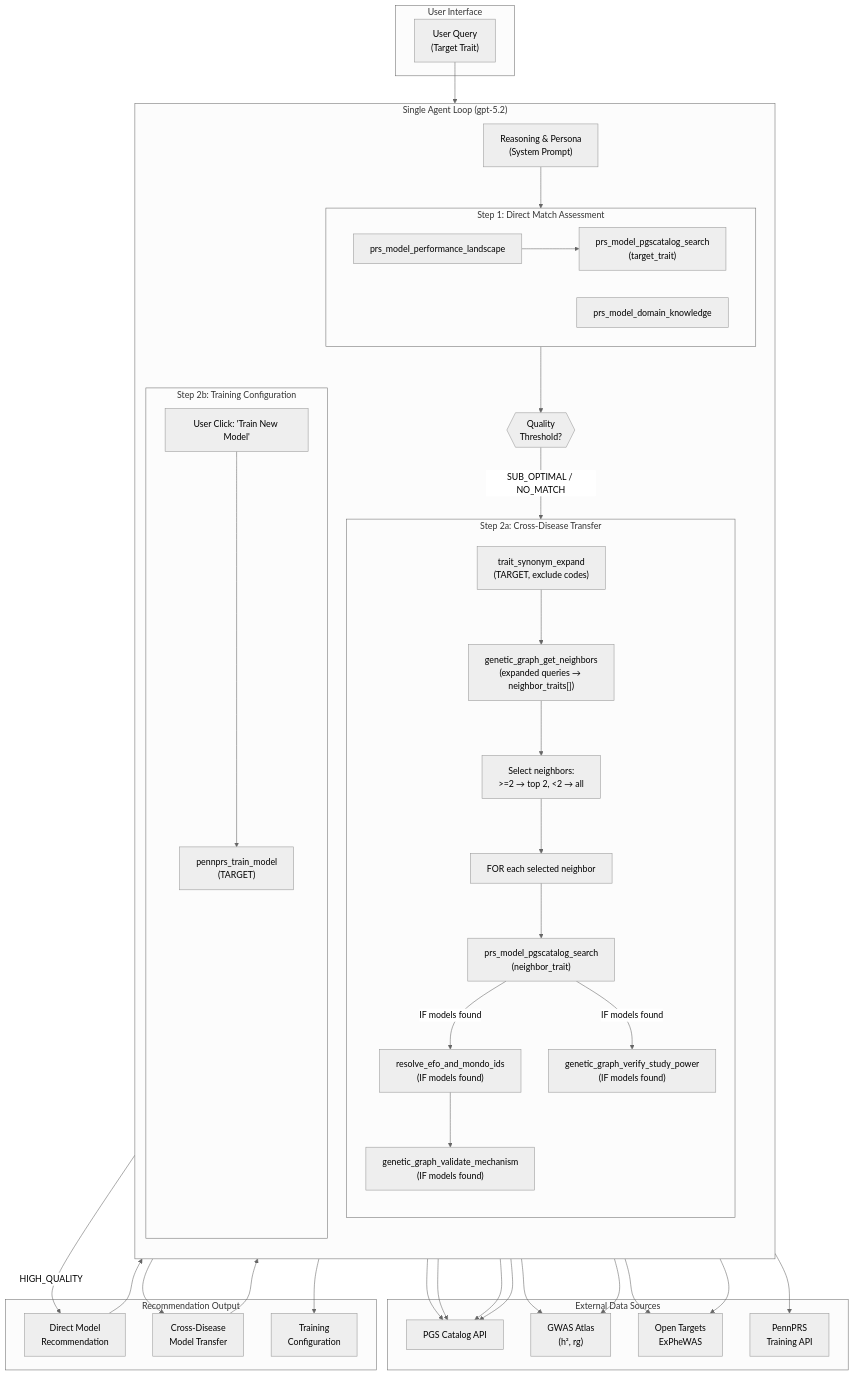
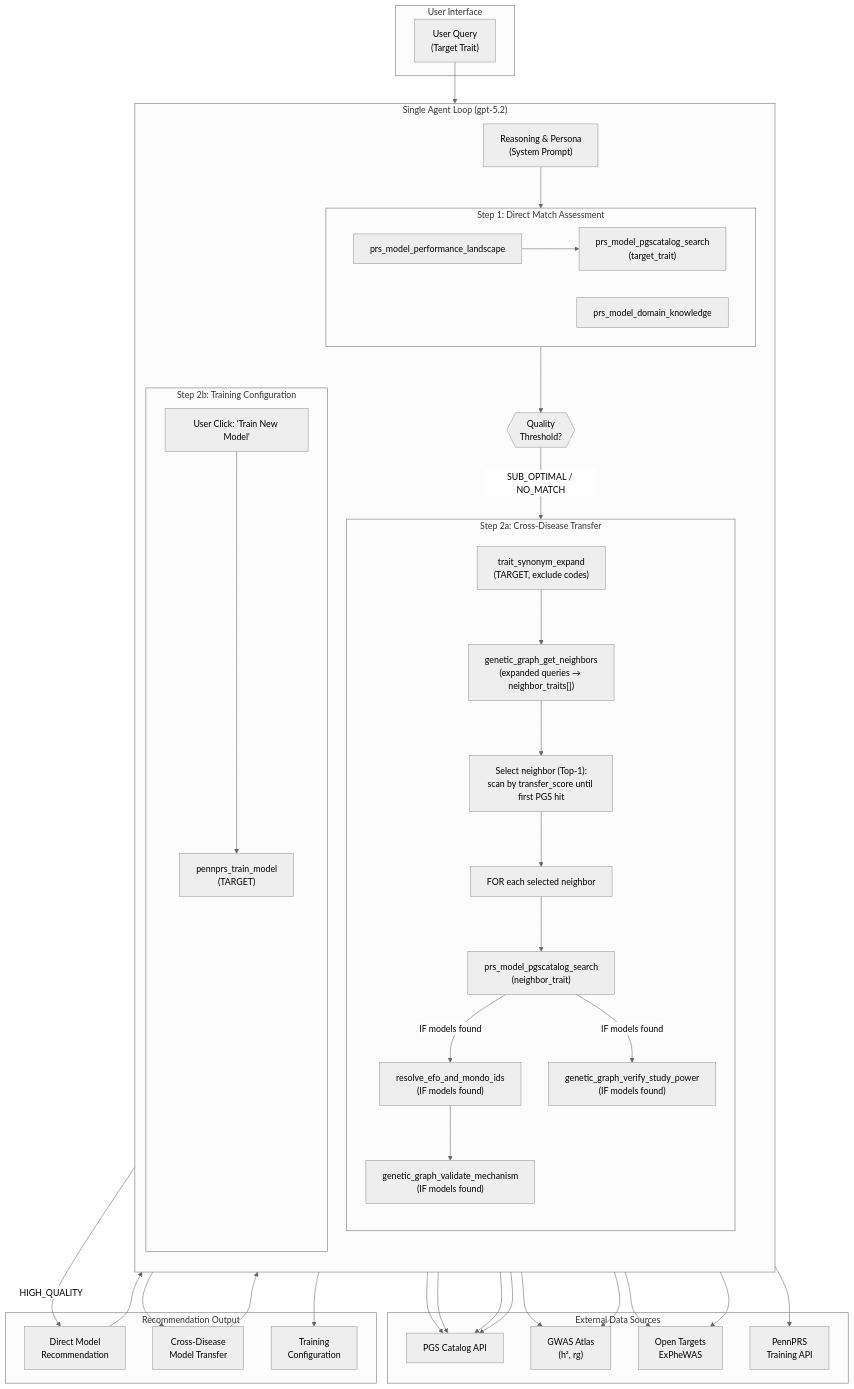
One commit to ZhaoqianXue/PennPRS-Agent-Dec2024 changed the diagram in .agent/blueprints/sop.md. Above: the diagram before and after it, drawn with Mermaid (neutral theme). The commit also changed other lines of this file and 23 other files, not shown here.

````diff
--- a/.agent/blueprints/sop.md
+++ b/.agent/blueprints/sop.md
@@ -70,82 +70,82 @@
 ```mermaid
 flowchart TB
     subgraph UserInterface["User Interface"]
         Query["User Query<br/>(Target Trait)"]
     end
 
     subgraph AgentCore["Single Agent Loop (gpt-5.2)"]
         direction TB
         Reasoning["Reasoning & Persona<br/>(System Prompt)"]
         
         subgraph Step1["Step 1: Direct Match Assessment"]
             direction LR
             S1_Search["prs_model_pgscatalog_search<br/>(target_trait)"]
             S1_Knowledge["prs_model_domain_knowledge"]
             S1_Landscape["prs_model_performance_landscape"]
         end
         
         Decision1{{"Quality<br/>Threshold?"}}
         
         subgraph Step2a["Step 2a: Cross-Disease Transfer"]
             direction TB
             S2a_Synonym["trait_synonym_expand<br/>(TARGET, exclude codes)"]
             S2a_Neighbors["genetic_graph_get_neighbors<br/>(expanded queries → neighbor_traits[])"]
-            S2a_Select["Select neighbors:<br/>>=2 → top 2, <2 → all"]
+            S2a_Select["Select neighbor (Top-1):<br/>scan by transfer_score until first PGS hit"]
             S2a_Loop["FOR each selected neighbor"]
             S2a_Search["prs_model_pgscatalog_search<br/>(neighbor_trait)"]
             S2a_Resolve["resolve_efo_and_mondo_ids<br/>(IF models found)"]
             S2a_Validate["genetic_graph_validate_mechanism<br/>(IF models found)"]
             S2a_Verify["genetic_graph_verify_study_power<br/>(IF models found)"]
             S2a_Synonym --> S2a_Neighbors
             S2a_Neighbors --> S2a_Select
             S2a_Select --> S2a_Loop
             S2a_Loop --> S2a_Search
             S2a_Search -->|"IF models found"| S2a_Resolve
             S2a_Resolve --> S2a_Validate
             S2a_Search -->|"IF models found"| S2a_Verify
         end
         
         subgraph Step2b["Step 2b: Training Configuration"]
             S2b_Trigger["User Click: 'Train New Model'"]
             S2b_Train["pennprs_train_model<br/>(TARGET)"]
         end
     end
 
     subgraph ExternalData["External Data Sources"]
         PGS["PGS Catalog API"]
         GWAS["GWAS Atlas<br/>(h², rg)"]
         OpenTargets["Open Targets<br/>ExPheWAS"]
         PennPRS["PennPRS<br/>Training API"]
     end
 
     subgraph Output["Recommendation Output"]
         Direct["Direct Model<br/>Recommendation"]
         CrossDisease["Cross-Disease<br/>Model Transfer"]
         TrainNew["Training<br/>Configuration"]
     end
 
     Query --> Reasoning
     Reasoning --> Step1
     S1_Search --> PGS
     S1_Knowledge --> PGS
     S1_Landscape --> S1_Search
     
     Step1 --> Decision1
     Decision1 -->|"HIGH_QUALITY"| Direct
     Decision1 -->|"SUB_OPTIMAL / NO_MATCH"| Step2a
     
     S2a_Neighbors --> GWAS
     S2a_Search --> PGS
     S2a_Resolve --> PGS
     S2a_Resolve --> OpenTargets
     S2a_Validate --> OpenTargets
     S2a_Verify --> GWAS
     
     Step2a --> CrossDisease
     
     Direct --> S2b_Trigger
     CrossDisease --> S2b_Trigger
     S2b_Trigger --> S2b_Train
     S2b_Train --> PennPRS
     S2b_Train --> TrainNew
 ```
````
